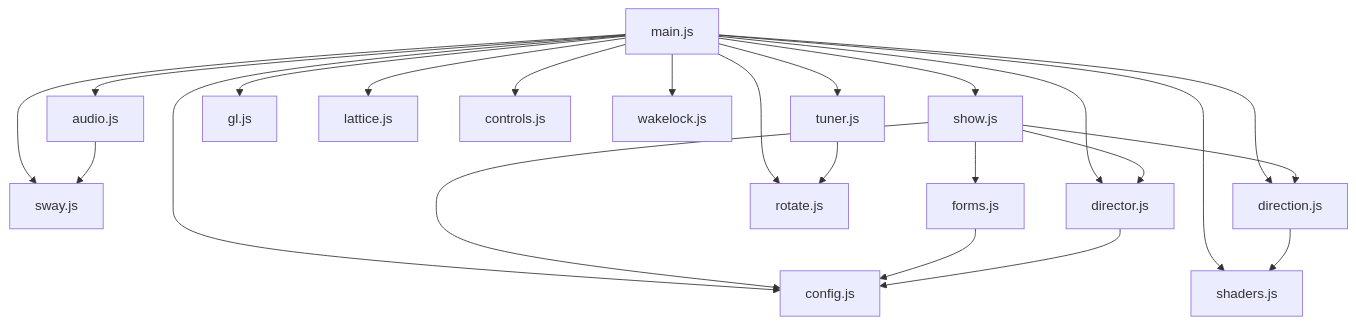
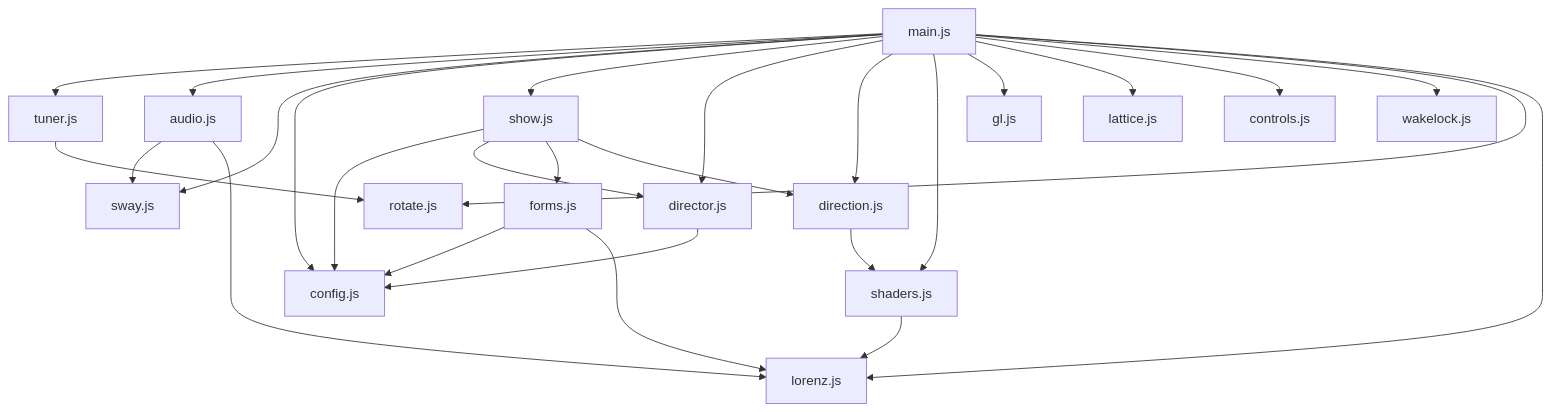
One commit to sf624/rain-of-light changed the third of 3 diagrams in docs/design.md. Above: the diagram before and after it, drawn with Mermaid. The commit also changed other lines of this file and 16 other files, not shown here.

````diff
--- a/docs/design.md
+++ b/docs/design.md
@@ -876,25 +925,29 @@
 ```mermaid
 flowchart TD
   main["main.js"] --> tuner["tuner.js"]
   main --> audio["audio.js"]
   main --> sway["sway.js"]
   main --> config["config.js"]
   main --> show["show.js"]
   main --> director["director.js"]
   main --> direction["direction.js"]
   main --> shaders["shaders.js"]
   main --> gl["gl.js"]
   main --> lattice["lattice.js"]
   main --> controls["controls.js"]
   main --> wakelock["wakelock.js"]
   main --> rotate["rotate.js"]
   tuner --> rotate
   audio --> sway
   show --> config
   show --> director
   show --> forms["forms.js"]
   show --> direction
   forms --> config
+  forms --> lorenz["lorenz.js"]
+  main --> lorenz
+  shaders --> lorenz
+  audio --> lorenz
   director --> config
   direction --> shaders
 ```
````
